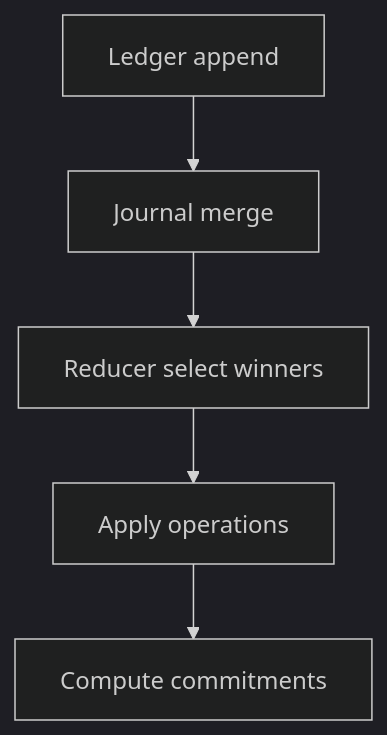
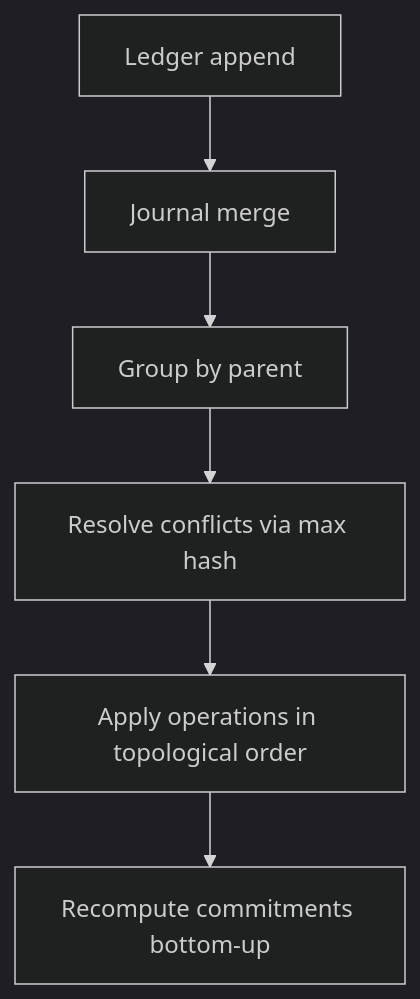
The diagram in docs/110_state_reduction.md (hxrts/aura), drawn with Mermaid (dark theme) before and after one commit. The commit also changed other lines of this file and 1 other file, not shown here.

````diff
--- a/docs/110_state_reduction.md
+++ b/docs/110_state_reduction.md
@@ -13,7 +13,8 @@
 ```mermaid
 flowchart TD
     A[Ledger append] --> B[Journal merge];
-    B --> C[Reducer select winners];
-    C --> D[Apply operations];
-    D --> E[Compute commitments];
+    B --> C[Group by parent];
+    C --> D[Resolve conflicts via max hash];
+    D --> E[Apply operations in topological order];
+    E --> F[Recompute commitments bottom-up];
 ```
````
